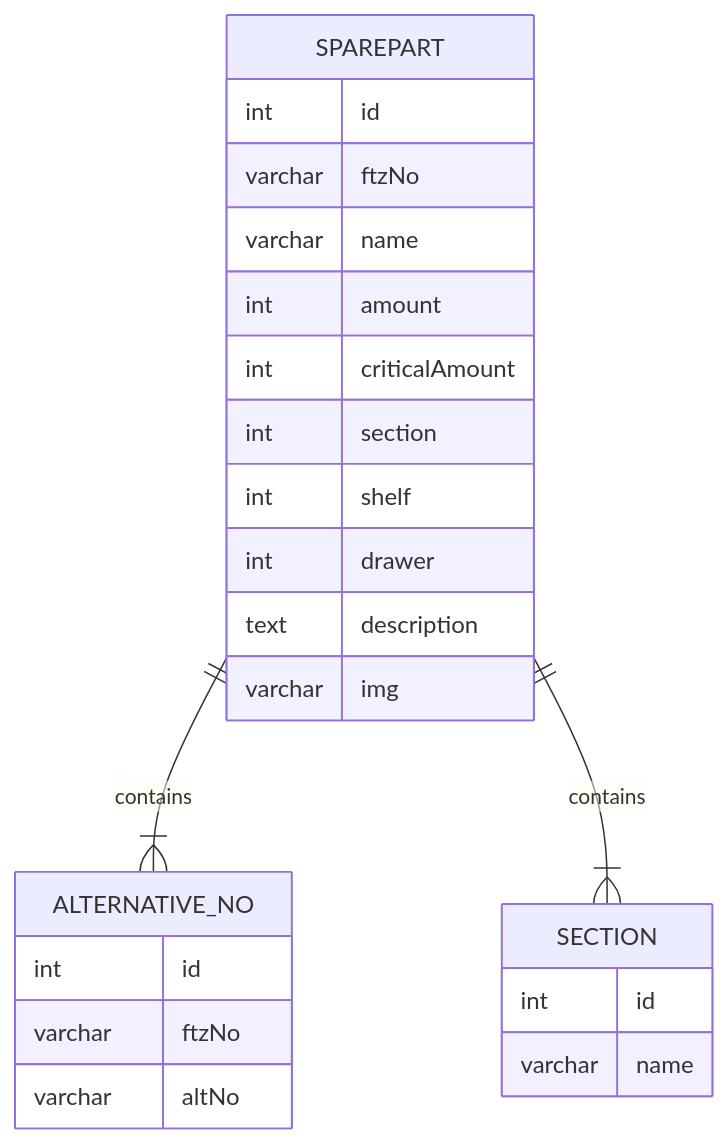
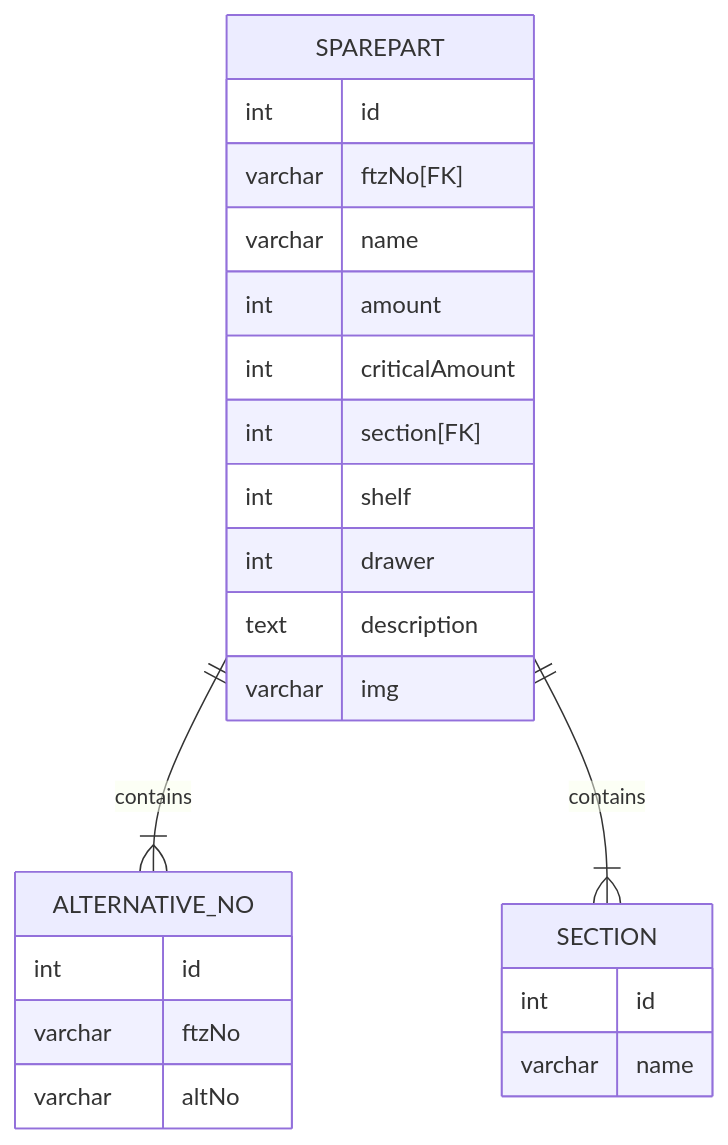
The diagram in README.md (LinusTM/inventory-system), drawn with Mermaid before and after one commit.

Commit message:
updated mermaid

````diff
--- a/README.md
+++ b/README.md
@@ -7,26 +7,26 @@
 ```mermaid
 erDiagram
 SPAREPART ||--|{ ALTERNATIVE_NO : contains
 SPAREPART ||--|{ SECTION : contains
 SPAREPART {
 	int id
-		varchar ftzNo
+		varchar ftzNo[FK]
 		varchar name
 		int amount
 		int criticalAmount
-		int section
+		int section[FK]
 		int shelf
 		int drawer
 		text description
 		varchar img
 	}
 	ALTERNATIVE_NO {
 		int id
 			varchar ftzNo
 			varchar altNo
 	}
 	SECTION {
 		int id
 			varchar name
 	}
 ```
````
